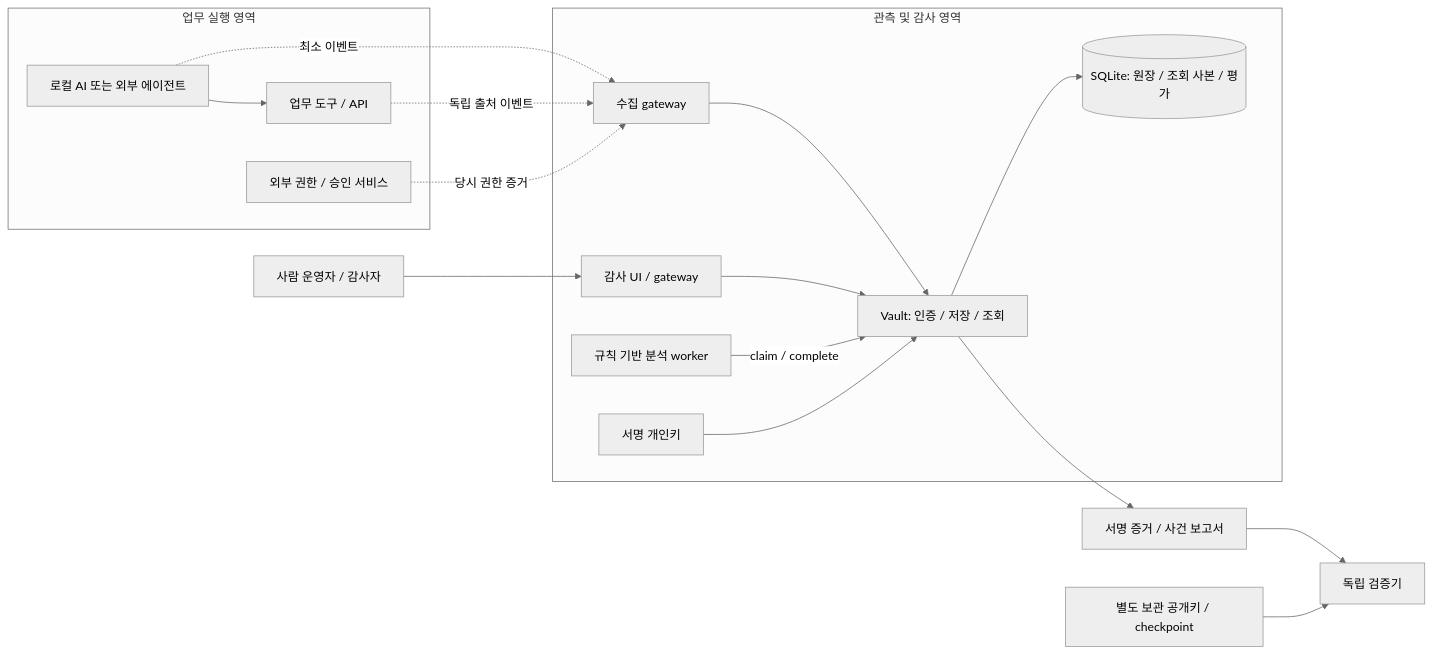
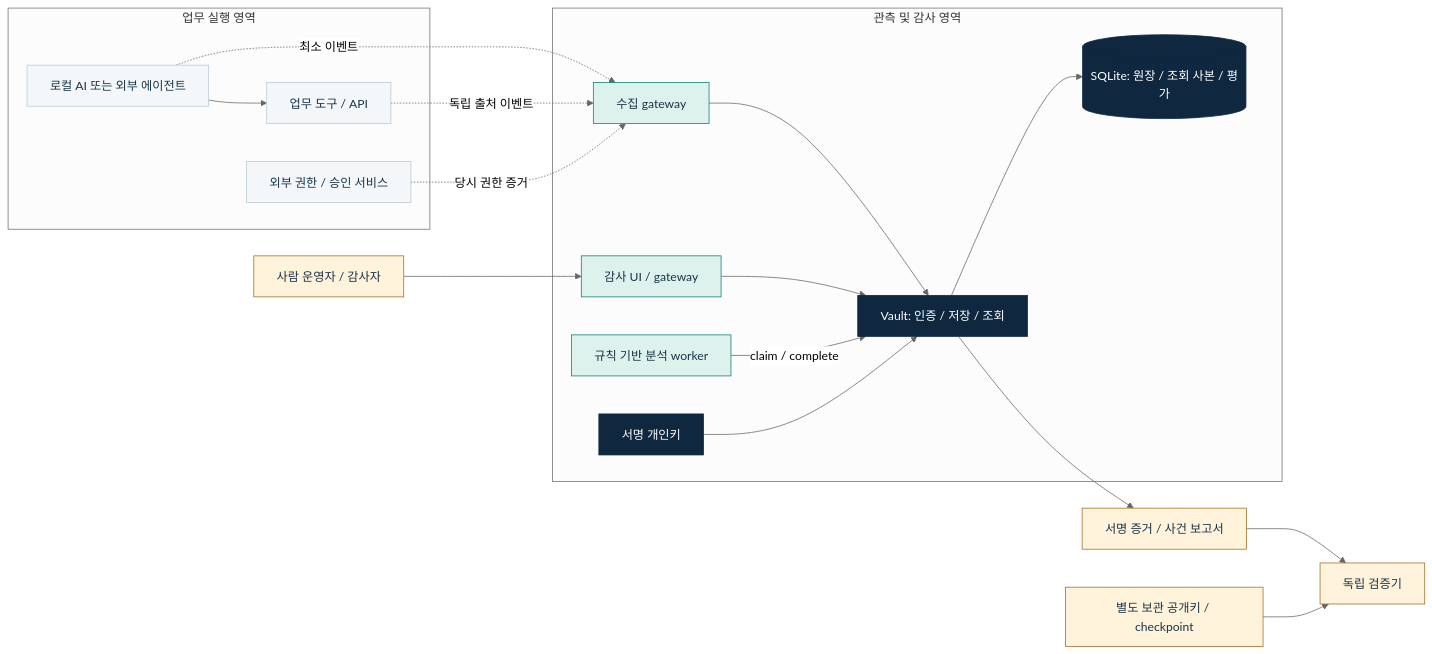
Before and after one commit to ki0915/EvidScope: the first of 3 diagrams in docs/architecture-draft.md, drawn with Mermaid (neutral theme). The commit also changed other lines of this file and 9 other files, not shown here.

Commit message:
Polish architecture and developer documentation with visual assets and PDF handbook

````diff
--- a/docs/architecture-draft.md
+++ b/docs/architecture-draft.md
@@ -13,29 +28,37 @@
 ```mermaid
 flowchart LR
   subgraph Work[업무 실행 영역]
     AI[로컬 AI 또는 외부 에이전트]
     Tool[업무 도구 / API]
     Auth[외부 권한 / 승인 서비스]
     AI --> Tool
   end
   AI -. 최소 이벤트 .-> Ingress
   Tool -. 독립 출처 이벤트 .-> Ingress
   Auth -. 당시 권한 증거 .-> Ingress
   subgraph EvidScope[관측 및 감사 영역]
     Ingress[수집 gateway]
     Audit[감사 UI / gateway]
     Vault[Vault: 인증 / 저장 / 조회]
     Worker[규칙 기반 분석 worker]
     DB[(SQLite: 원장 / 조회 사본 / 평가)]
     Key[서명 개인키]
     Ingress --> Vault
     Audit --> Vault
     Worker -->|claim / complete| Vault
     Vault --> DB
     Key --> Vault
   end
   Human[사람 운영자 / 감사자] --> Audit
   Vault --> Export[서명 증거 / 사건 보고서]
   Export --> Verify[독립 검증기]
   Anchor[별도 보관 공개키 / checkpoint] --> Verify
+  classDef workload fill:#F4F7F9,stroke:#B8C9D4,color:#183348
+  classDef gateway fill:#DDF2EC,stroke:#087F79,color:#183348
+  classDef trusted fill:#10283F,stroke:#10283F,color:#FFFFFF
+  classDef human fill:#FFF3DB,stroke:#A56C22,color:#183348
+  class AI,Tool,Auth workload
+  class Ingress,Audit,Worker gateway
+  class Vault,DB,Key trusted
+  class Human,Export,Verify,Anchor human
 ```
````
